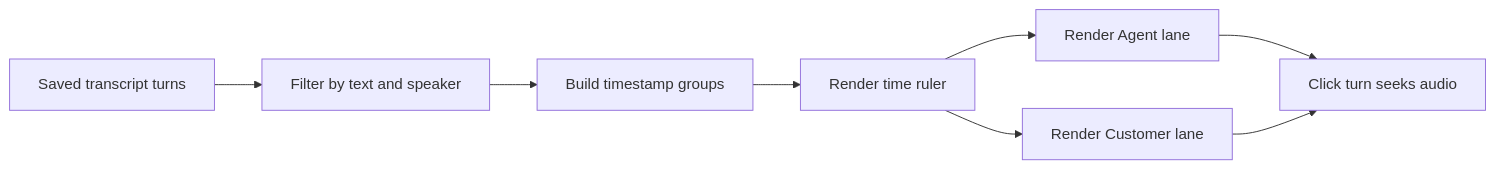
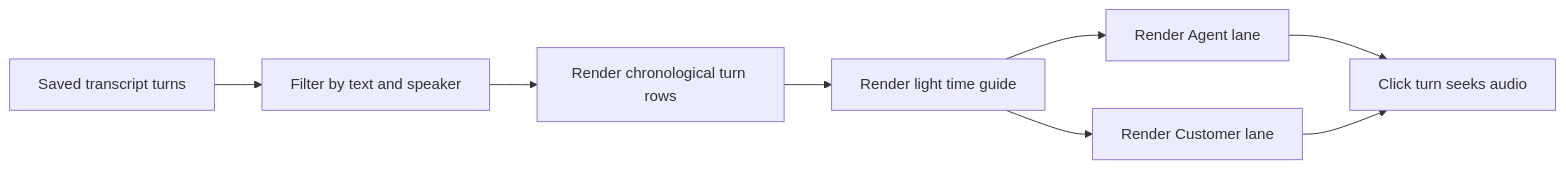
One commit to vrize-poc-demo/call-center-radar changed the diagram in docs/stories/story-2.9-conversation-timeline.md. Above: the diagram before and after it, drawn with Mermaid. The commit also changed other lines of this file and 3 other files, not shown here.

Commit message:
fix: simplify conversation timeline presentation

````diff
--- a/docs/stories/story-2.9-conversation-timeline.md
+++ b/docs/stories/story-2.9-conversation-timeline.md
@@ -47,10 +47,10 @@
 ```mermaid
 flowchart LR
   A[Saved transcript turns] --> B[Filter by text and speaker]
-  B --> C[Build timestamp groups]
-  C --> D[Render time ruler]
+  B --> C[Render chronological turn rows]
+  C --> D[Render light time guide]
   D --> E[Render Agent lane]
   D --> F[Render Customer lane]
   E --> G[Click turn seeks audio]
   F --> G
 ```
````
